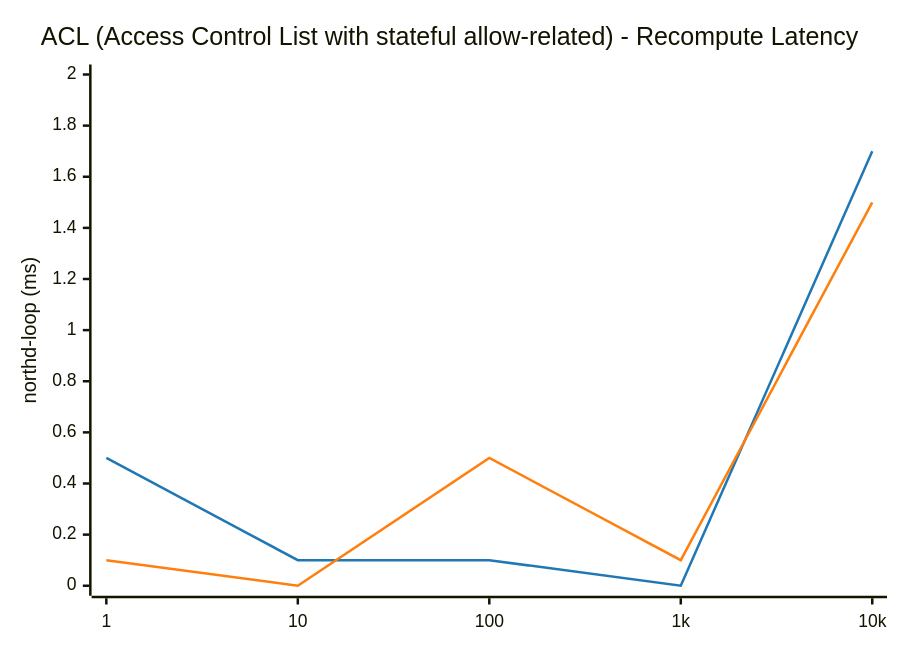
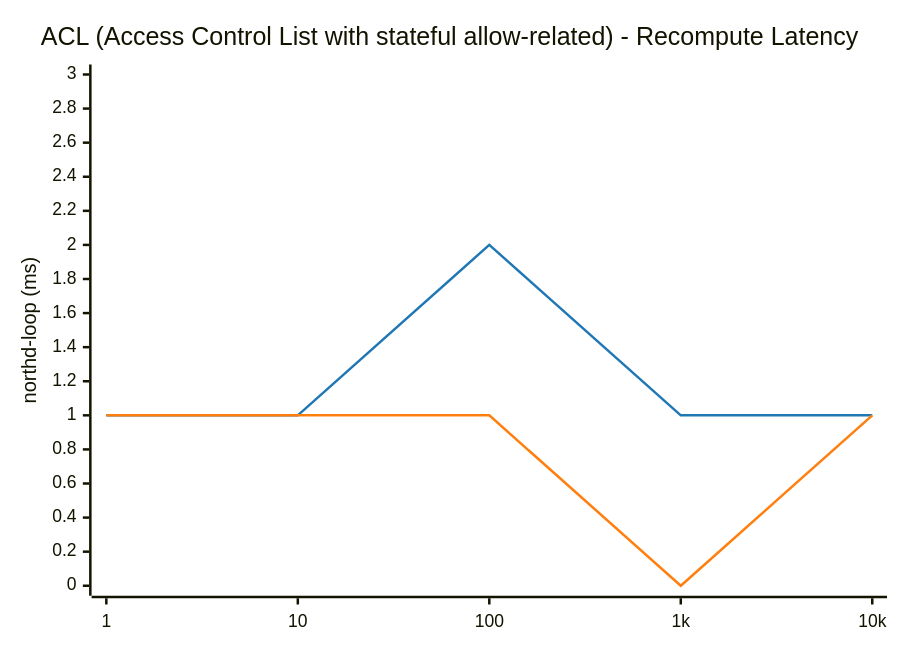
One commit to LionelJouin/ovs-ovn-bench changed the third of 14 diagrams in results/BENCHMARK_REPORT.md. Above: the diagram before and after it, drawn with Mermaid. The commit also changed other lines of this file and 4 other files, not shown here.

````diff
--- a/results/BENCHMARK_REPORT.md
+++ b/results/BENCHMARK_REPORT.md
@@ -237,14 +237,14 @@
 ```mermaid
 ---
 config:
     themeVariables:
         xyChart:
             plotColorPalette: "#1f77b4, #ff7f0e"
 ---
 xychart-beta
     title "ACL (Access Control List with stateful allow-related) - Recompute Latency"
     x-axis ["1", "10", "100", "1k", "10k"]
-    y-axis "northd-loop (ms)" 0 --> 2
-    line "glibc malloc" [0.5, 0.1, 0.1, 0.0, 1.7]
-    line "jemalloc" [0.1, 0.0, 0.5, 0.1, 1.5]
+    y-axis "northd-loop (ms)" 0 --> 3
+    line "glibc malloc" [1.0, 1.0, 2.0, 1.0, 1.0]
+    line "jemalloc" [1.0, 1.0, 1.0, 0.0, 1.0]
 ```
````
